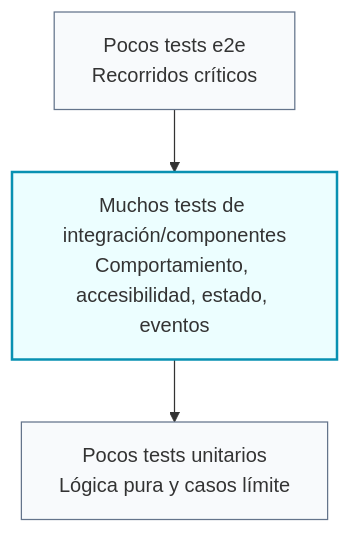
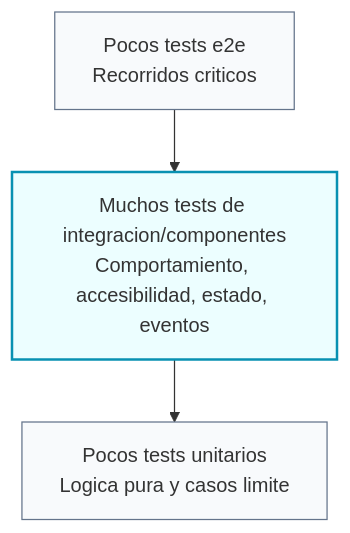
The second of 2 diagrams in frontend/docs/testing.md (Programito/fullstack-architecture-lab), drawn with Mermaid before and after one commit. The commit also changed other lines of this file and 1 other file, not shown here.

````diff
--- a/frontend/docs/testing.md
+++ b/frontend/docs/testing.md
@@ -37,13 +37,13 @@
 ```mermaid
 flowchart TB
-  E2E["Pocos tests e2e<br/>Recorridos críticos"]
-  Integration["Muchos tests de integración/componentes<br/>Comportamiento, accesibilidad, estado, eventos"]
-  Unit["Pocos tests unitarios<br/>Lógica pura y casos límite"]
+  E2E["Pocos tests e2e<br/>Recorridos criticos"]
+  Integration["Muchos tests de integracion/componentes<br/>Comportamiento, accesibilidad, estado, eventos"]
+  Unit["Pocos tests unitarios<br/>Logica pura y casos limite"]
 
   E2E --> Integration
   Integration --> Unit
 
   style E2E fill:#f8fafc,stroke:#64748b,stroke-width:1px
   style Integration fill:#ecfeff,stroke:#0891b2,stroke-width:2px
   style Unit fill:#f8fafc,stroke:#64748b,stroke-width:1px
 ```
````
